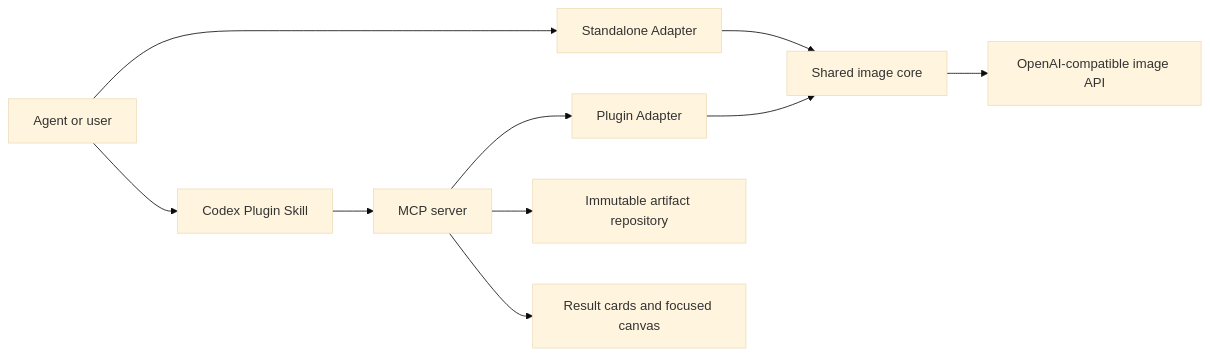
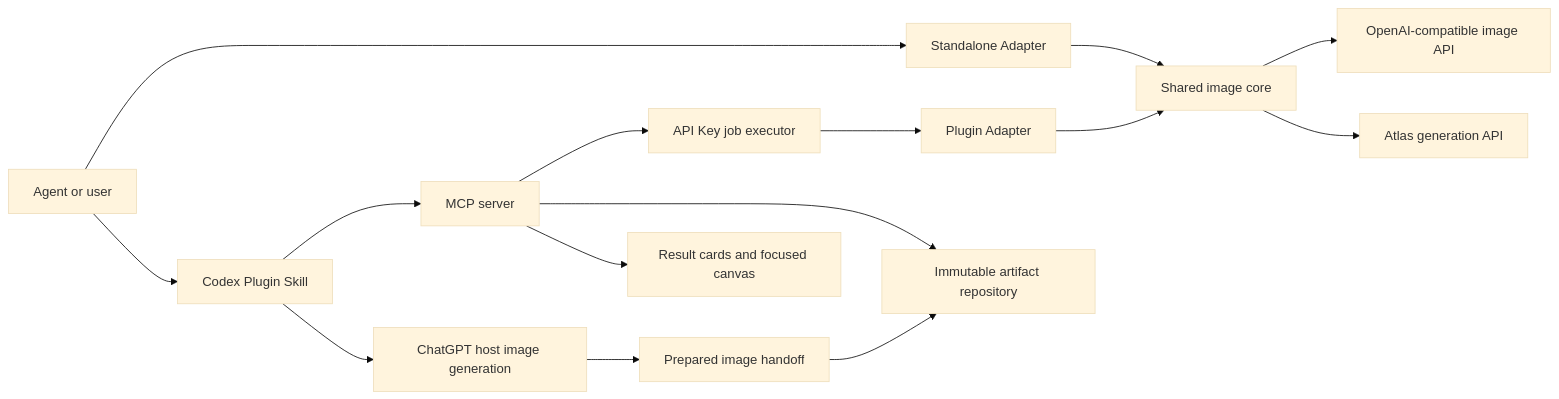
Before and after one commit to Syh1906/openai-compatible-imagegen: the diagram in docs/arch.md, drawn with Mermaid (base theme). The commit also changed other lines of this file and 75 other files, not shown here.

First line of the commit message:
feat: add durable image jobs and prepare v1.3.0

````diff
--- a/docs/arch.md
+++ b/docs/arch.md
@@ -24,12 +24,17 @@
 ```mermaid
 flowchart LR
     Agent[Agent or user] --> Standalone[Standalone Adapter]
     Agent --> Plugin[Codex Plugin Skill]
     Plugin --> MCP[MCP server]
-    MCP --> Runtime[Plugin Adapter]
+    MCP --> Jobs[API Key job executor]
+    Jobs --> Runtime[Plugin Adapter]
     Standalone --> Core[Shared image core]
     Runtime --> Core
     Core --> Provider[OpenAI-compatible image API]
+    Core --> Atlas[Atlas generation API]
+    Plugin --> Host[ChatGPT host image generation]
+    Host --> Handoff[Prepared image handoff]
+    Handoff --> Repository
     MCP --> Repository[Immutable artifact repository]
     MCP --> Widget[Result cards and focused canvas]
 ```
````
